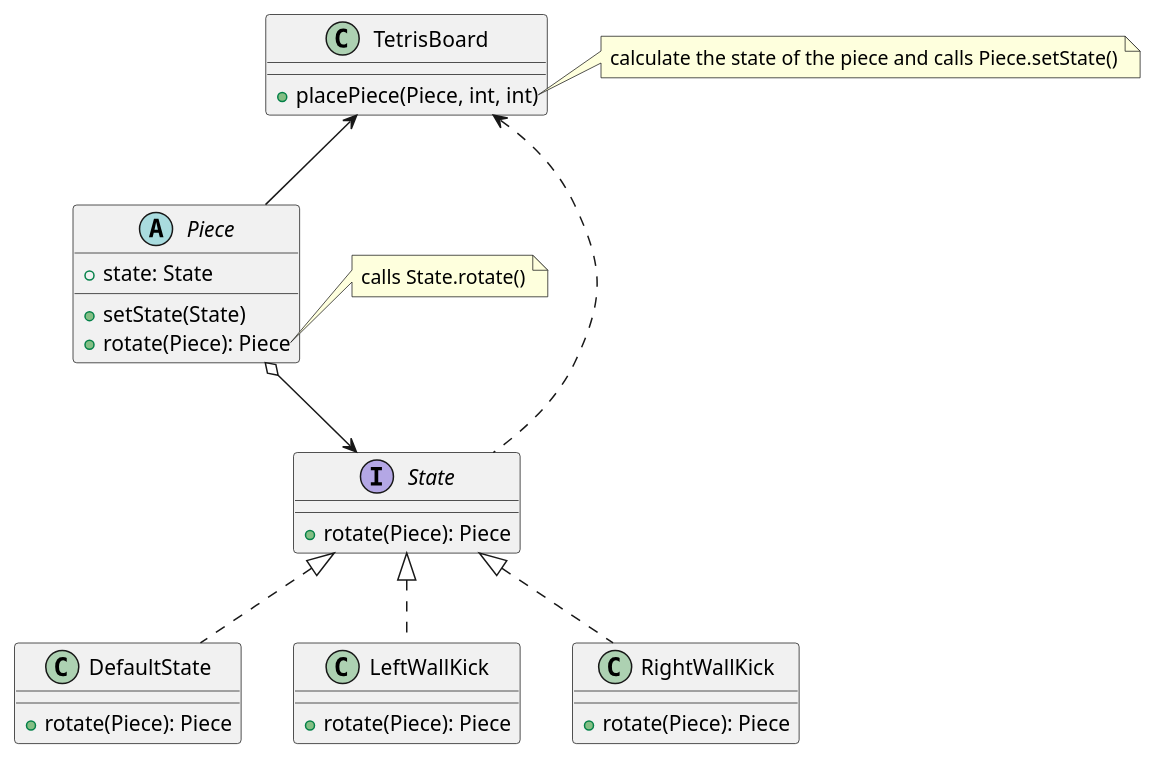
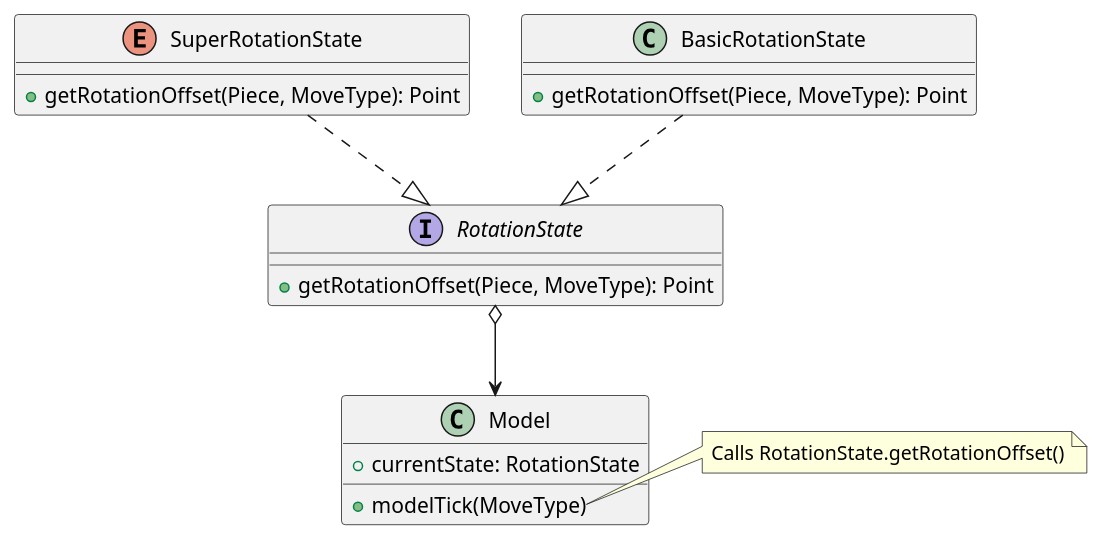
One commit to jimmy-zx/SAC changed the diagram in docs/uml/spin.puml. Above: the diagram before and after it, drawn with PlantUML.

Commit message:
[docs] Updated spin

```diff
--- a/docs/uml/spin.puml
+++ b/docs/uml/spin.puml
@@ -1,44 +1,28 @@
 @startuml
 
-class TetrisBoard {
-+ placePiece(Piece, int, int)
+interface RotationState {
++ getRotationOffset(Piece, MoveType): Point
 }
 
-note right of TetrisBoard::placePiece
-calculate the state of the piece and calls Piece.setState()
+enum SuperRotationState {
++ getRotationOffset(Piece, MoveType): Point
+}
+
+class BasicRotationState {
++ getRotationOffset(Piece, MoveType): Point
+}
+
+class Model {
++ currentState: RotationState
++ modelTick(MoveType)
+}
+
+note right of Model::modelTick
+Calls RotationState.getRotationOffset()
 end note
 
-interface State {
-+ rotate(Piece): Piece
-}
-
-class DefaultState {
-+ rotate(Piece): Piece
-}
-
-class LeftWallKick {
-+ rotate(Piece): Piece
-}
-
-class RightWallKick {
-+ rotate(Piece): Piece
-}
-
-abstract Piece {
-+ state: State
-+ setState(State)
-+ rotate(Piece): Piece
-}
-
-note right of Piece::rotate
-calls State.rotate()
-end note
-
-TetrisBoard <.. State
-TetrisBoard <-- Piece
-Piece o--> State
-State <|.. DefaultState
-State <|.. LeftWallKick
-State <|.. RightWallKick
+RotationState o--> Model
+SuperRotationState ..|> RotationState
+BasicRotationState ..|> RotationState
 
 @enduml
```
